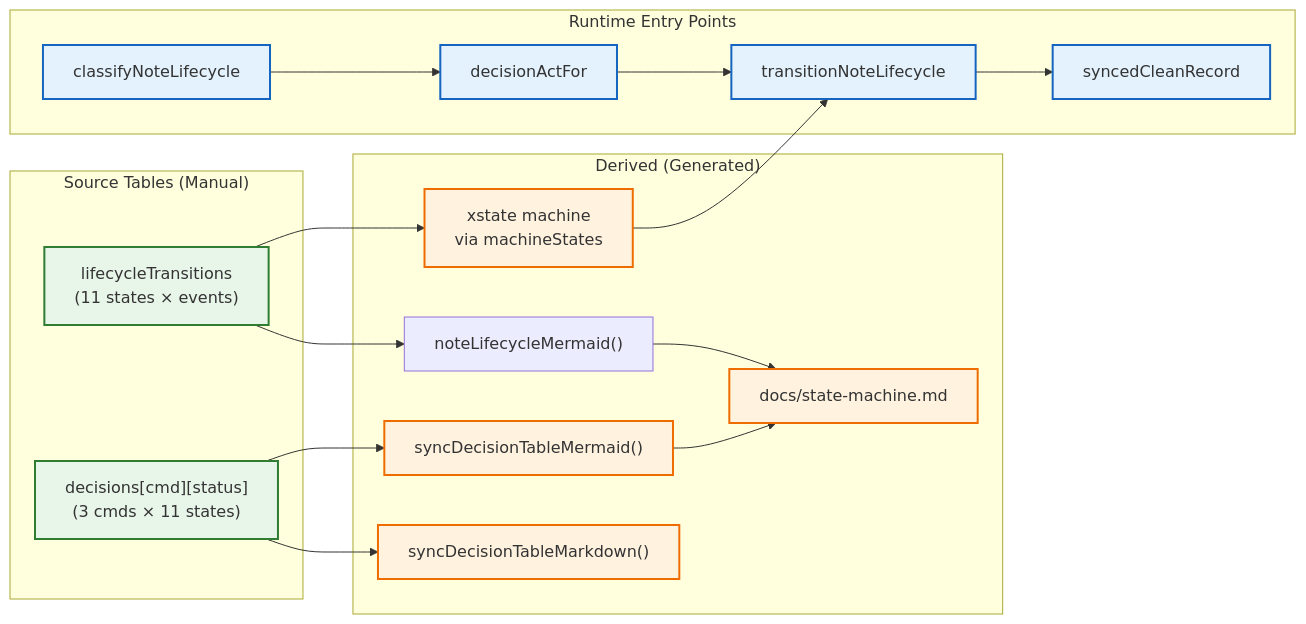
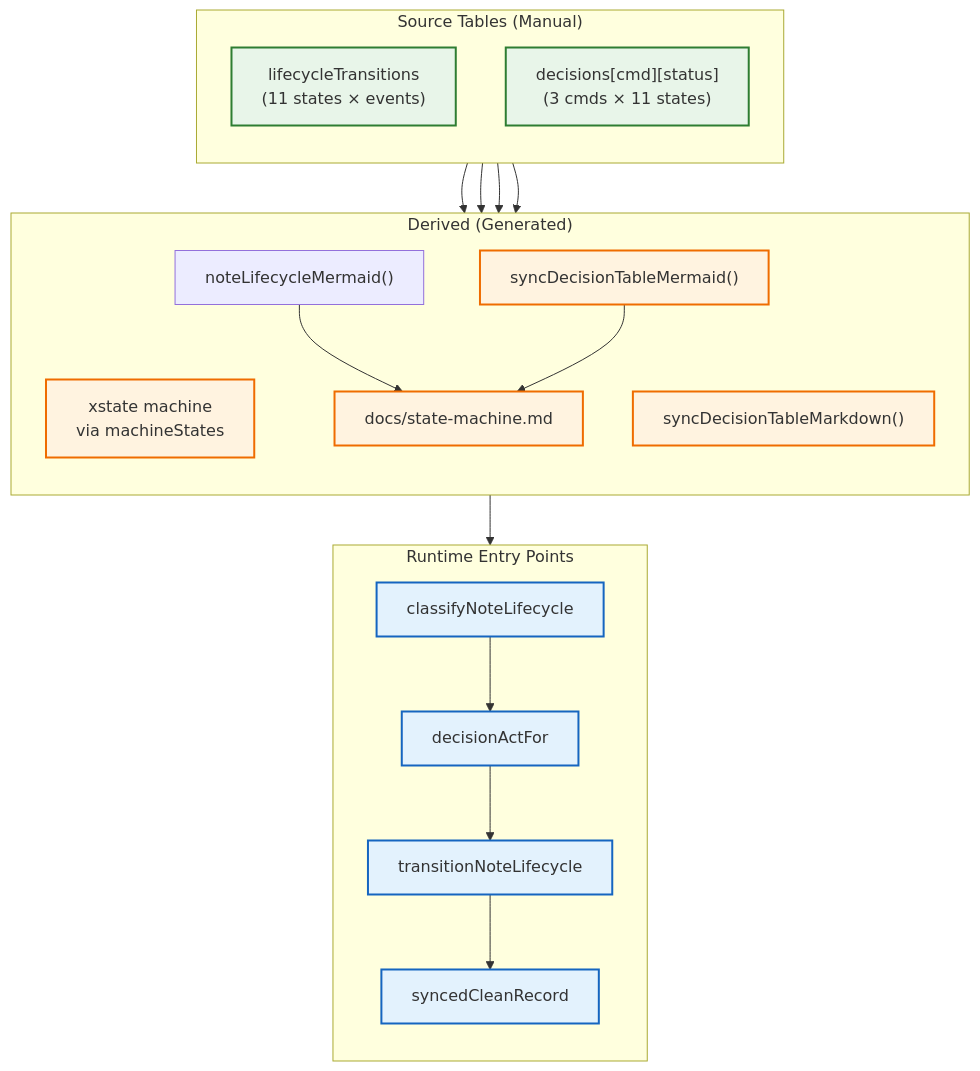
The fourth of 6 diagrams in docs/state-machine.md (Karol-Szykula/AnkiPalace), drawn with Mermaid before and after one commit. The commit also changed other lines of this file and 3 other files, not shown here.

Commit message:
Improve mermaid diagrams readibility

````diff
--- a/docs/state-machine.md
+++ b/docs/state-machine.md
@@ -254,42 +260,45 @@
 ```mermaid
-flowchart LR
+flowchart TB
   subgraph SOURCE["Source Tables (Manual)"]
+    direction TB
     LT["lifecycleTransitions<br/>(11 states × events)"]
     DT["decisions[cmd][status]<br/>(3 cmds × 11 states)"]
   end
 
   subgraph GEN["Derived (Generated)"]
+    direction TB
     XSTATE["xstate machine<br/>via machineStates"]
     MERMAID_LC["noteLifecycleMermaid()"]
     MERMAID_DT["syncDecisionTableMermaid()"]
     MD_TABLE["syncDecisionTableMarkdown()"]
     DOC["docs/state-machine.md"]
   end
 
   subgraph RUNTIME["Runtime Entry Points"]
+    direction TB
     CLASSIFY["classifyNoteLifecycle"]
     DECIDE["decisionActFor"]
     TRANSIT["transitionNoteLifecycle"]
     LEDGER["syncedCleanRecord"]
   end
 
   LT --> XSTATE
   LT --> MERMAID_LC
   DT --> MERMAID_DT
   DT --> MD_TABLE
   MERMAID_LC --> DOC
   MERMAID_DT --> DOC
   XSTATE --> TRANSIT
 
   CLASSIFY --> DECIDE
   DECIDE --> TRANSIT
   TRANSIT --> LEDGER
 
   classDef src fill:#e8f5e9,stroke:#2e7d32,stroke-width:2px;
   classDef gen fill:#fff3e0,stroke:#ef6c00,stroke-width:2px;
   classDef run fill:#e3f2fd,stroke:#1565c0,stroke-width:2px;
   classDef doc fill:#fce4ec,stroke:#c2185b,stroke-width:2px;
   class LT,DT src;
   class XSTATE,MERMAID_DT,MD_TABLE,DOC gen;
   class CLASSIFY,DECIDE,TRANSIT,LEDGER run;
 ```
````
